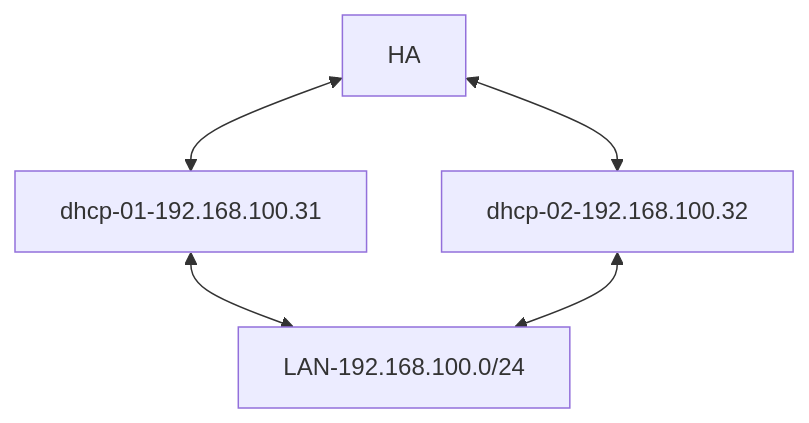
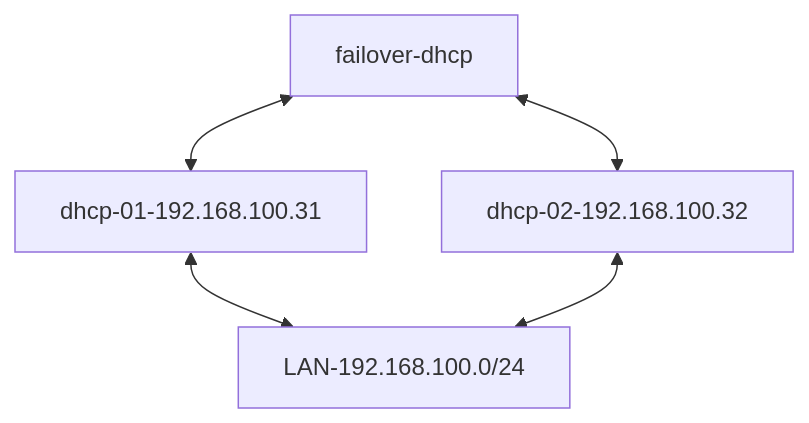
The diagram in Config_DHCP_Failover.md (ivanterner/Time_of_the_first), drawn with Mermaid before and after one commit.

````diff
--- a/Config_DHCP_Failover.md
+++ b/Config_DHCP_Failover.md
@@ -3,7 +3,7 @@
 ```mermaid
 graph TD;
-    HA<-->dhcp-01-192.168.100.31;
-    HA<-->dhcp-02-192.168.100.32;
+    failover-dhcp<-->dhcp-01-192.168.100.31;
+    failover-dhcp<-->dhcp-02-192.168.100.32;
     dhcp-01-192.168.100.31<-->LAN-192.168.100.0/24;
     dhcp-02-192.168.100.32<-->LAN-192.168.100.0/24;
 ```
````
